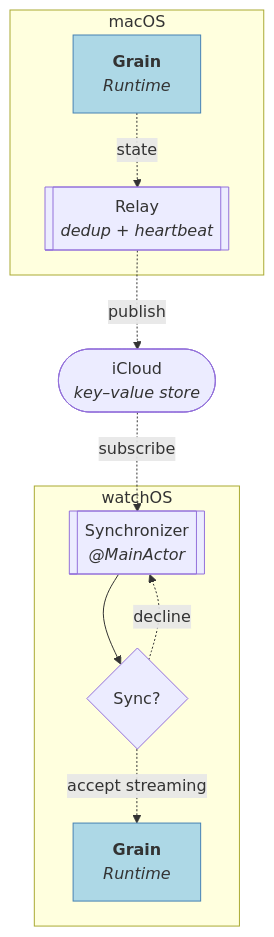
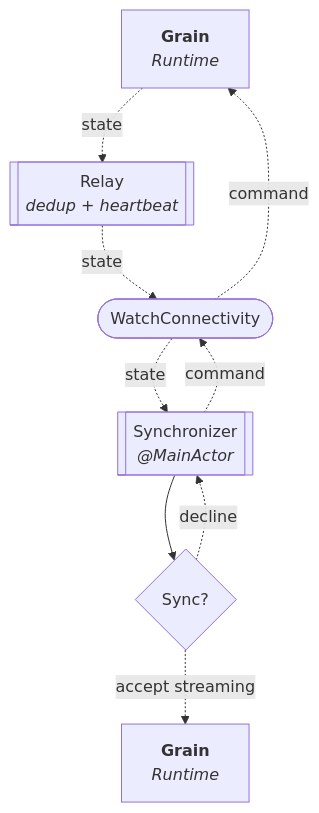
Before and after one commit to vitalydolgov/grain-desktop: the second of 2 diagrams in CLAUDE.md, drawn with Mermaid. The commit also changed other lines of this file and 3 other files, not shown here.

````diff
--- a/CLAUDE.md
+++ b/CLAUDE.md
@@ -65,25 +70,20 @@
 ```mermaid
 flowchart TD
-    subgraph macOS
-        DGrain["<b>Grain</b><br/><i>Runtime</i>"]
-        Relay[["Relay<br/><i>dedup + heartbeat</i>"]]
-        DGrain -.->|state| Relay
-    end
+    PGrain["<b>Grain</b><br/><i>Runtime</i>"]
+    Relay[["Relay<br/><i>dedup + heartbeat</i>"]]
+    PGrain -.->|state| Relay
 
-    Cloud(["iCloud<br/><i>key–value store</i>"])
+    Conn(["WatchConnectivity"])
 
-    subgraph watchOS
-        Sync[["Synchronizer<br/><i>@MainActor</i>"]]
-        Choice{"Sync?"}
-        WGrain["<b>Grain</b><br/><i>Runtime</i>"]
-        Sync --> Choice
-        Choice -.->|"accept streaming"| WGrain
-        Choice -.->|decline| Sync
-    end
+    Sync[["Synchronizer<br/><i>@MainActor</i>"]]
+    Choice{"Sync?"}
+    WGrain["<b>Grain</b><br/><i>Runtime</i>"]
+    Sync --> Choice
+    Choice -.->|"accept streaming"| WGrain
+    Choice -.->|decline| Sync
 
-    Relay -.->|publish| Cloud
-    Cloud -.->|subscribe| Sync
-
-    classDef grain fill:lightblue,stroke:steelblue
-    class DGrain,WGrain grain
+    Relay -.->|state| Conn
+    Conn -.->|state| Sync
+    Sync -.->|command| Conn
+    Conn -.->|command| PGrain
 ```
````
